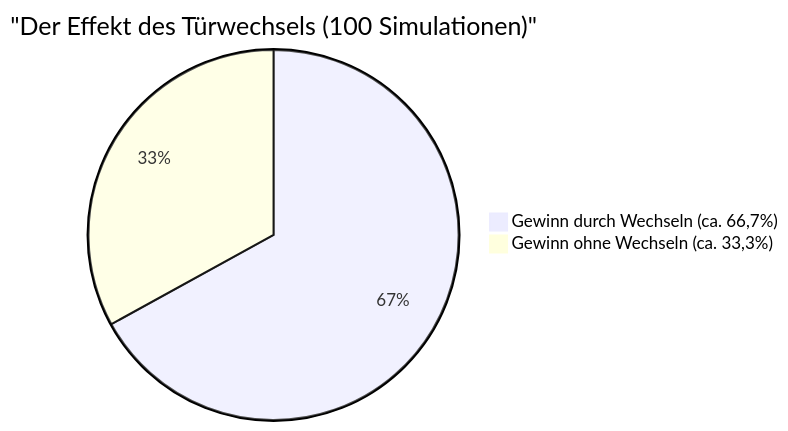
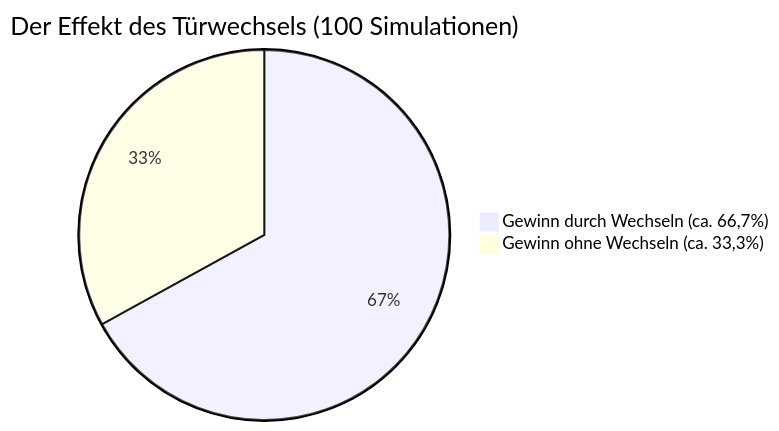
The second of 2 diagrams in content/post/モンティ・ホール問題/index.de.md (kenjinote/blog), drawn with Mermaid before and after one commit. The commit also changed other lines of this file and 703 other files, not shown here.

Commit message:
Fix: Remove quotes from Mermaid link texts and timeline definitions to support Mermaid 11.4.1

````diff
--- a/content/post/モンティ・ホール問題/index.de.md
+++ b/content/post/モンティ・ホール問題/index.de.md
@@ -162,5 +162,5 @@
 ```mermaid
-pie title "Der Effekt des Türwechsels (100 Simulationen)"
+pie title Der Effekt des Türwechsels (100 Simulationen)
     "Gewinn durch Wechseln (ca. 66,7%)" : 67
     "Gewinn ohne Wechseln (ca. 33,3%)" : 33
 ```
````
